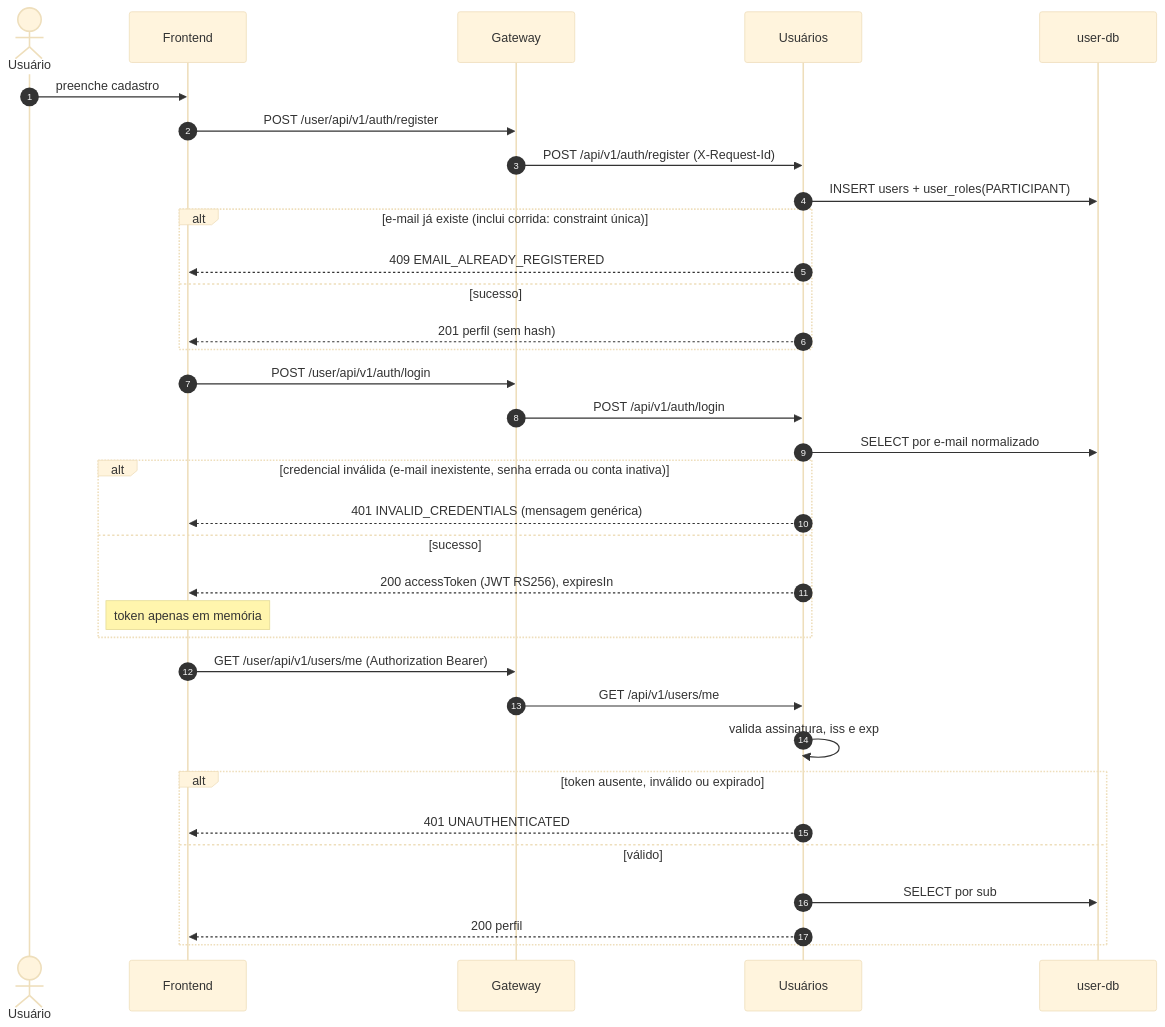
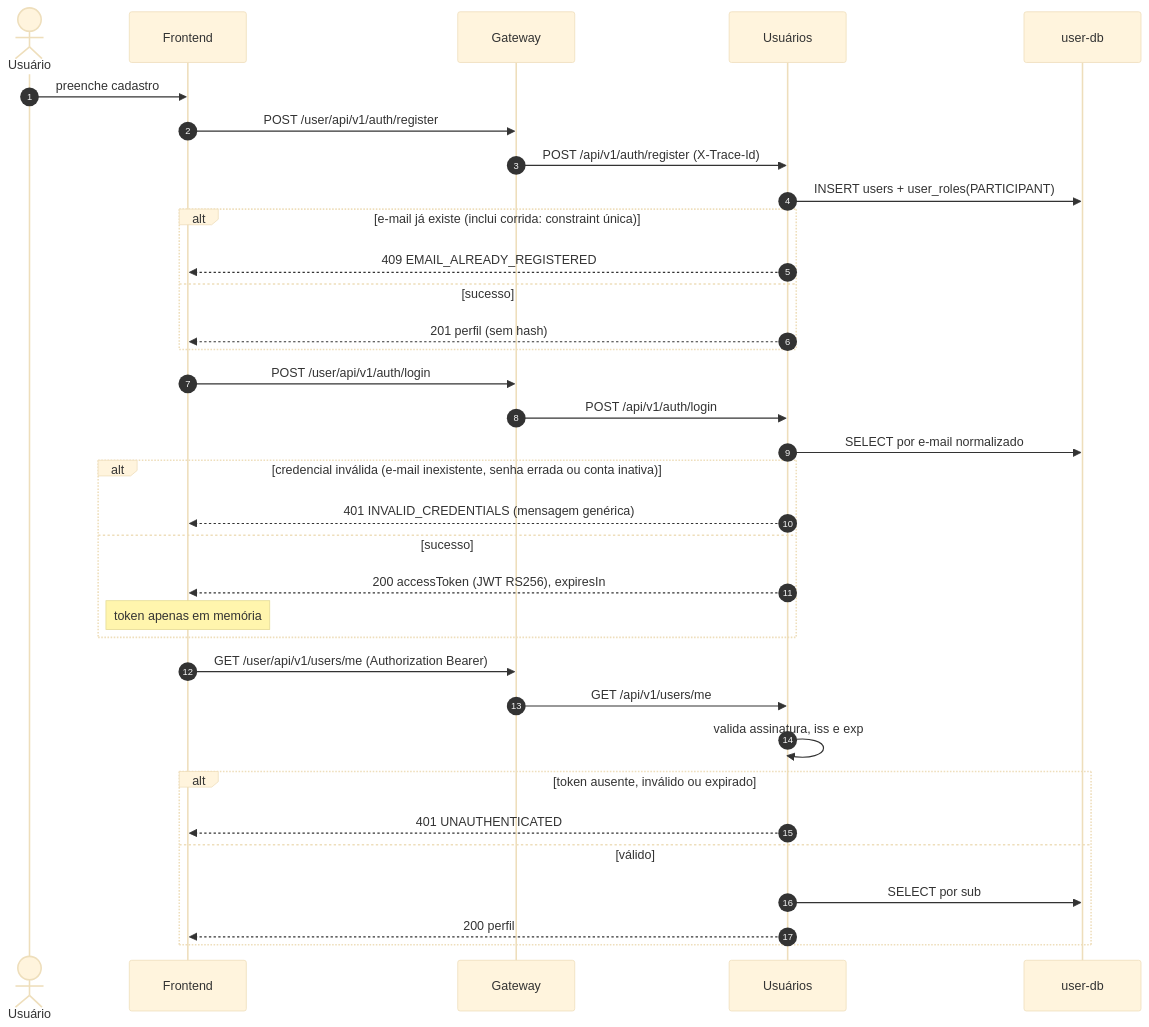
Before and after one commit to rhavyyz/microservices_assignment: the diagram in docs/architecture/diagrams/authentication-sequence.mmd, drawn with Mermaid (base theme). The commit also changed 50 other files, not shown here.

First line of the commit message:
Rename X-Request-Id to X-Trace-Id and request_id to trace_id

```diff
--- a/docs/architecture/diagrams/authentication-sequence.mmd
+++ b/docs/architecture/diagrams/authentication-sequence.mmd
@@ -1,37 +1,37 @@
 sequenceDiagram
     autonumber
     actor U as Usuário
     participant FE as Frontend
     participant GW as Gateway
     participant US as Usuários
     participant DB as user-db
 
     U->>FE: preenche cadastro
     FE->>GW: POST /user/api/v1/auth/register
-    GW->>US: POST /api/v1/auth/register (X-Request-Id)
+    GW->>US: POST /api/v1/auth/register (X-Trace-Id)
     US->>DB: INSERT users + user_roles(PARTICIPANT)
     alt e-mail já existe (inclui corrida: constraint única)
         US-->>FE: 409 EMAIL_ALREADY_REGISTERED
     else sucesso
         US-->>FE: 201 perfil (sem hash)
     end
 
     FE->>GW: POST /user/api/v1/auth/login
     GW->>US: POST /api/v1/auth/login
     US->>DB: SELECT por e-mail normalizado
     alt credencial inválida (e-mail inexistente, senha errada ou conta inativa)
         US-->>FE: 401 INVALID_CREDENTIALS (mensagem genérica)
     else sucesso
         US-->>FE: 200 accessToken (JWT RS256), expiresIn
         Note over FE: token apenas em memória
     end
 
     FE->>GW: GET /user/api/v1/users/me (Authorization Bearer)
     GW->>US: GET /api/v1/users/me
     US->>US: valida assinatura, iss e exp
     alt token ausente, inválido ou expirado
         US-->>FE: 401 UNAUTHENTICATED
     else válido
         US->>DB: SELECT por sub
         US-->>FE: 200 perfil
     end
```
